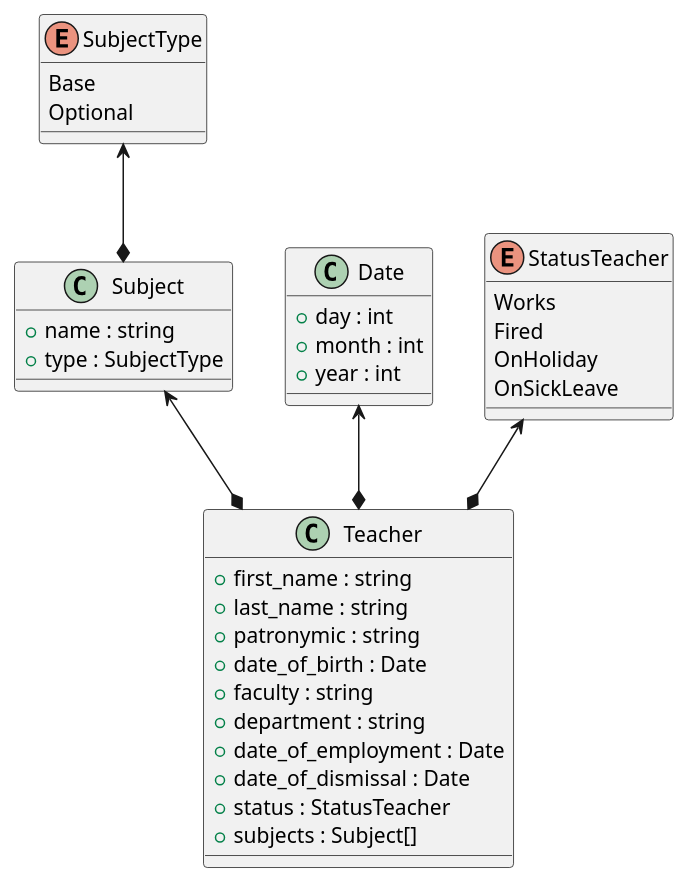
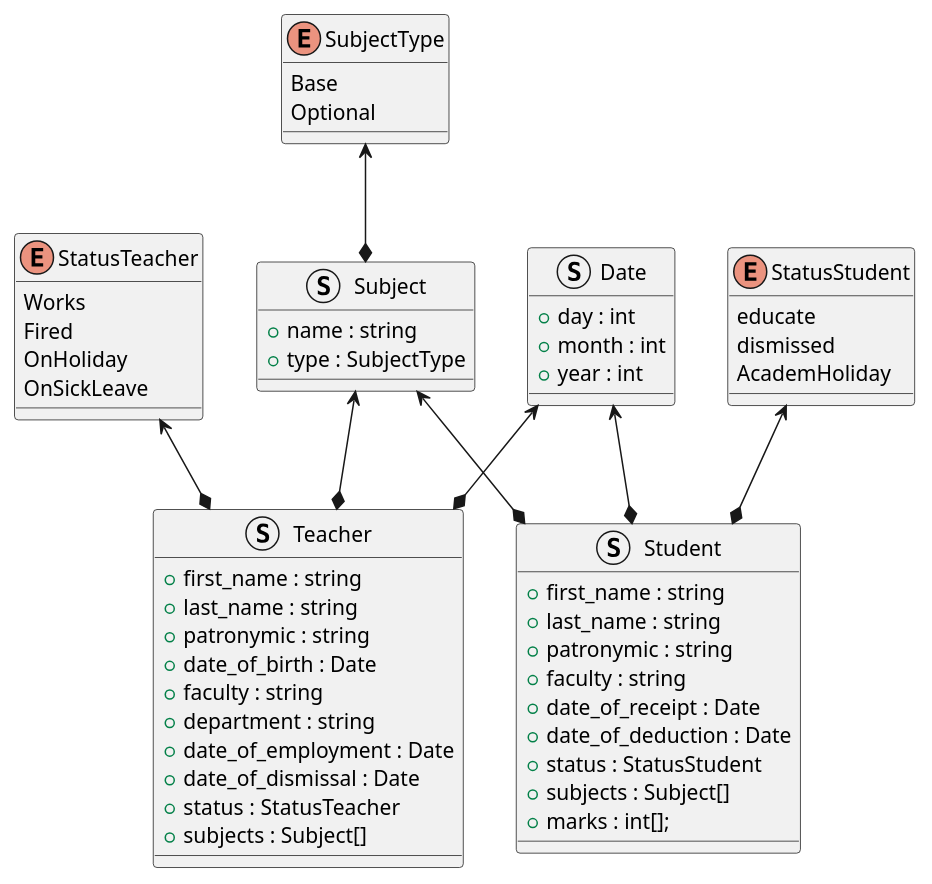
One commit to it-top-shambala/Academy changed the diagram in class_diagram.puml. Above: the diagram before and after it, drawn with PlantUML.

Commit message:
Заполнение диаграммы.

```diff
--- a/class_diagram.puml
+++ b/class_diagram.puml
@@ -1,44 +1,69 @@
 @startuml
 'https://plantuml.com/class-diagram
 
 enum SubjectType {
 Base
 Optional
 }
 
-SubjectType <--* Subject
-class Subject {
+
+struct Subject {
 + name : string
 + type : SubjectType
 }
 
-class Date {
+SubjectType <--* Subject
+
+struct Date {
 + day : int
 + month : int
 + year : int
 }
 
 enum StatusTeacher {
 Works
 Fired
 OnHoliday
 OnSickLeave
 }
 
-Subject <--* Teacher
-StatusTeacher <--* Teacher
-Date <--* Teacher
-class Teacher {
+struct Teacher {
 + first_name : string
 + last_name : string
 + patronymic : string
 + date_of_birth : Date
 + faculty : string
 + department : string
 + date_of_employment : Date
 + date_of_dismissal : Date
 + status : StatusTeacher
 + subjects : Subject[]
 }
 
+Subject <--* Teacher
+StatusTeacher <--* Teacher
+Date <--* Teacher
+
+struct Student {
++ first_name : string
++ last_name : string
++ patronymic : string
++ faculty : string
++ date_of_receipt : Date
++ date_of_deduction : Date
++ status : StatusStudent
++ subjects : Subject[]
++ marks : int[];
+}
+
+enum StatusStudent {
+educate
+dismissed
+AcademHoliday
+}
+
+Subject <--* Student
+StatusStudent <--* Student
+Date <--* Student
+
 @enduml
```
